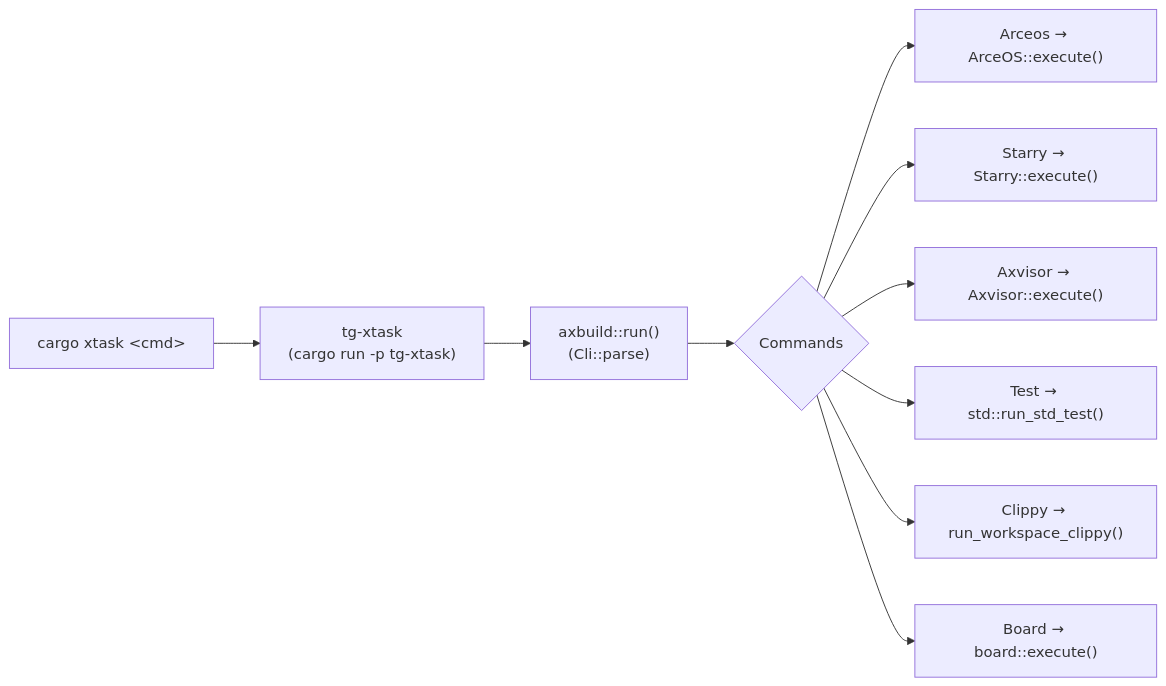
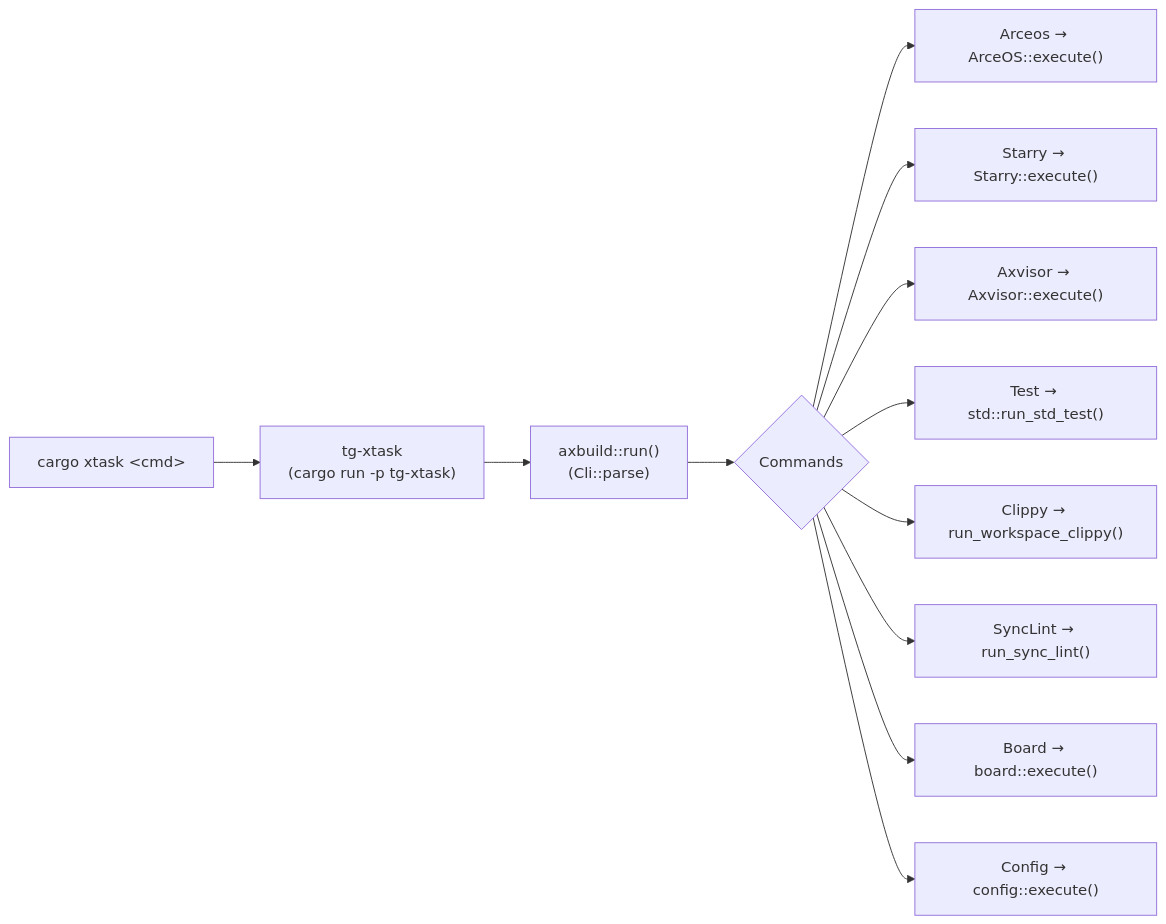
The first of 3 diagrams in docs/docs/build/overview.md (ZR233/tgoskits), drawn with Mermaid before and after one commit. The commit also changed other lines of this file and 9 other files, not shown here.

````diff
--- a/docs/docs/build/overview.md
+++ b/docs/docs/build/overview.md
@@ -16,12 +16,14 @@
 ```mermaid
 flowchart LR
     A["cargo xtask &lt;cmd&gt;"] --> B["tg-xtask<br/>(cargo run -p tg-xtask)"]
     B --> C["axbuild::run()<br/>(Cli::parse)"]
     C --> D{Commands}
     D --> E["Arceos → ArceOS::execute()"]
     D --> F["Starry → Starry::execute()"]
     D --> G["Axvisor → Axvisor::execute()"]
     D --> H["Test → std::run_std_test()"]
     D --> I["Clippy → run_workspace_clippy()"]
-    D --> J["Board → board::execute()"]
+    D --> J["SyncLint → run_sync_lint()"]
+    D --> K["Board → board::execute()"]
+    D --> L["Config → config::execute()"]
 ```
````
